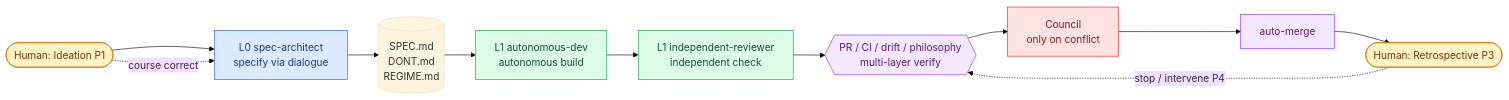
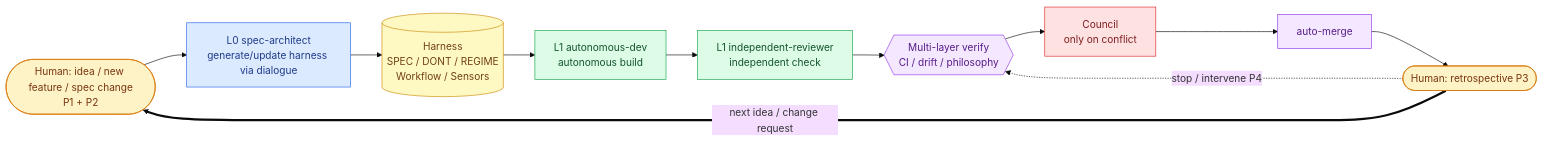
The diagram in README.en.md (samejima-ai/dialog-harness), drawn with Mermaid (base theme) before and after one commit. The commit also changed other lines of this file and 1 other file, not shown here.

````diff
--- a/README.en.md
+++ b/README.en.md
@@ -72,19 +78,20 @@
 ```mermaid
 flowchart LR
-    H([Human: Ideation P1]):::human --> L0
-    L0[L0 spec-architect<br/>specify via dialogue]:::l0 --> SPEC[(SPEC.md<br/>DONT.md<br/>REGIME.md)]
-    SPEC --> L1
-    L1[L1 autonomous-dev<br/>autonomous build]:::l1 --> REVIEW
-    REVIEW[L1 independent-reviewer<br/>independent check]:::l1 --> PR
-    PR{{PR / CI / drift / philosophy<br/>multi-layer verify}}:::cc --> COUNCIL
-    COUNCIL[Council<br/>only on conflict]:::council --> MERGE[auto-merge]:::cc
-    MERGE --> H2([Human: Retrospective P3]):::human
-    H2 -.stop / intervene P4.-> PR
-    H -.course correct.-> L0
+    H1([Human: idea / new feature / spec change<br/>P1 + P2]):::human --> L0
+    L0[L0 spec-architect<br/>generate/update harness via dialogue]:::l0 --> HARNESS[(Harness<br/>SPEC / DONT / REGIME<br/>Workflow / Sensors)]:::harness
+    HARNESS --> L1[L1 autonomous-dev<br/>autonomous build]:::l1
+    L1 --> REVIEW[L1 independent-reviewer<br/>independent check]:::l1
+    REVIEW --> VERIFY{{Multi-layer verify<br/>CI / drift / philosophy}}:::cc
+    VERIFY --> COUNCIL[Council<br/>only on conflict]:::council
+    COUNCIL --> MERGE[auto-merge]:::cc
+    MERGE --> H3([Human: retrospective P3]):::human
+    H3 == next idea / change request ==> H1
+    H3 -.stop / intervene P4.-> VERIFY
 
     classDef human fill:#fef3c7,stroke:#d97706,color:#78350f
     classDef l0 fill:#dbeafe,stroke:#2563eb,color:#1e3a8a
     classDef l1 fill:#dcfce7,stroke:#16a34a,color:#14532d
+    classDef harness fill:#fef9c3,stroke:#ca8a04,color:#713f12
     classDef cc fill:#f3e8ff,stroke:#9333ea,color:#581c87
     classDef council fill:#fee2e2,stroke:#dc2626,color:#7f1d1d
 ```
````
